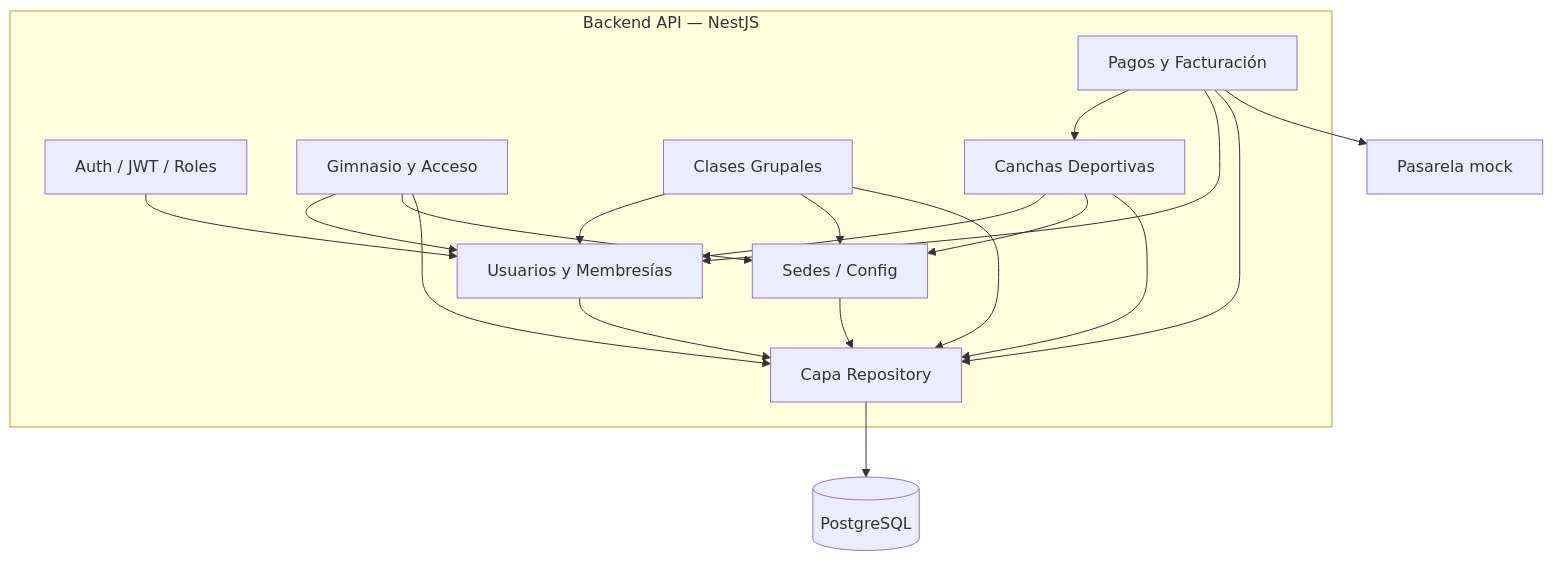
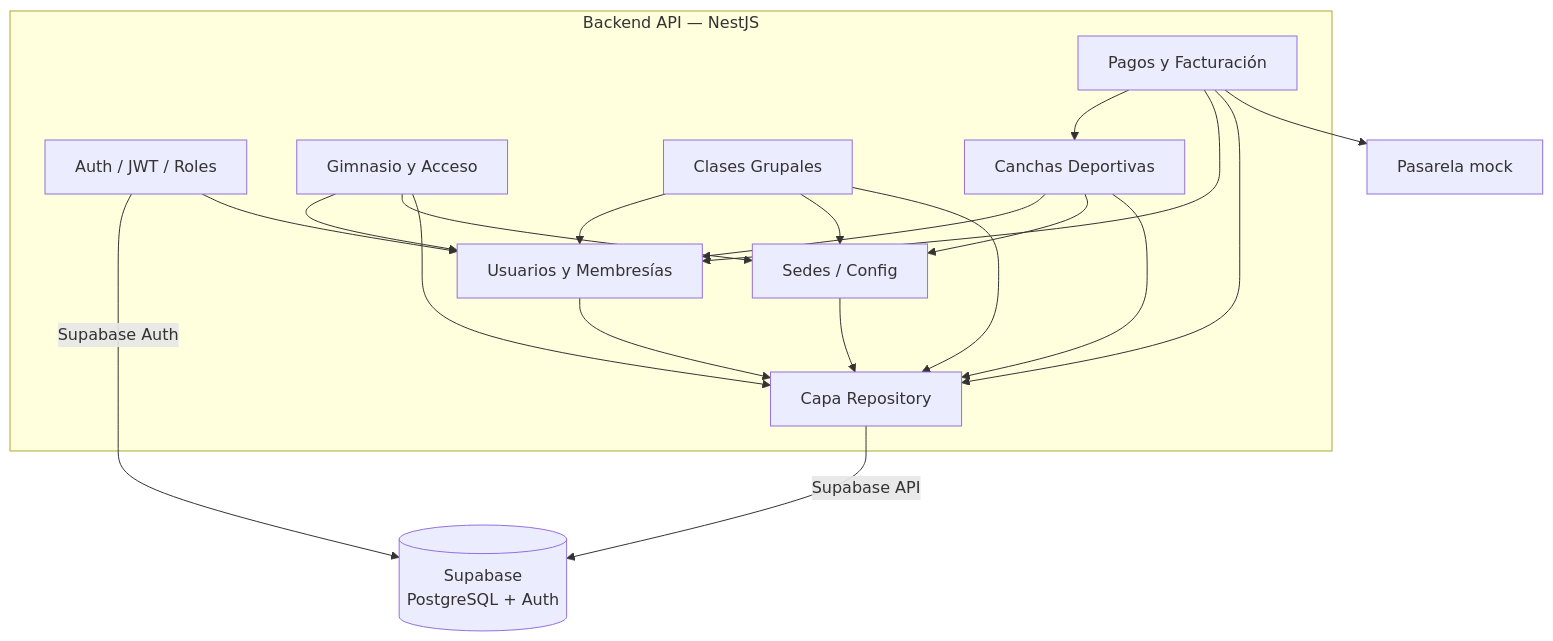
The fourth of 5 diagrams in documentacion/C4_Arquitectura_FitZone.md (PatricioRamos04032000/FitZoneSports), drawn with Mermaid before and after one commit. The commit also changed other lines of this file and 4 other files, not shown here.

````diff
--- a/documentacion/C4_Arquitectura_FitZone.md
+++ b/documentacion/C4_Arquitectura_FitZone.md
@@ -230,35 +230,36 @@
 ```mermaid
 flowchart TB
     subgraph api [Backend API — NestJS]
         AUTH[Auth / JWT / Roles]
         USR[Usuarios y Membresías]
         ACC[Gimnasio y Acceso]
         CLS[Clases Grupales]
         CAN[Canchas Deportivas]
         PAG[Pagos y Facturación]
         SED[Sedes / Config]
         REPO[Capa Repository]
     end
 
-    DB[(PostgreSQL)]
+    DB[(Supabase<br/>PostgreSQL + Auth)]
     PAY[Pasarela mock]
 
+    AUTH -->|Supabase Auth| DB
     AUTH --> USR
     ACC --> USR
     CLS --> USR
     CAN --> USR
     PAG --> CAN
     PAG --> USR
     CAN --> SED
     CLS --> SED
     ACC --> SED
 
     USR --> REPO
     ACC --> REPO
     CLS --> REPO
     CAN --> REPO
     PAG --> REPO
     SED --> REPO
-    REPO --> DB
+    REPO -->|Supabase API| DB
     PAG --> PAY
 ```
````
